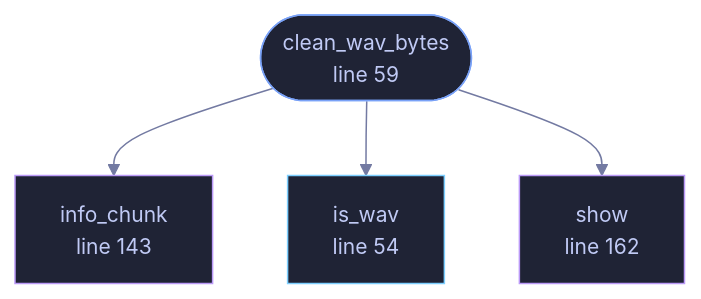
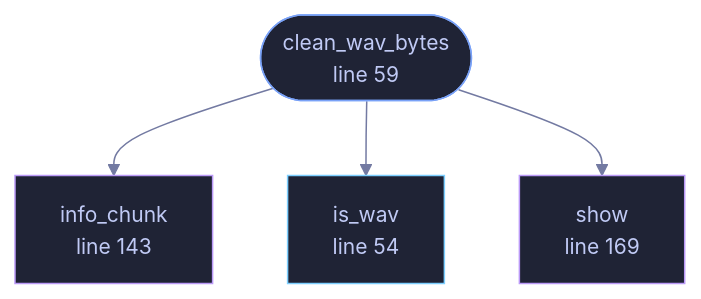
The diagram in docs/files/veilvoice-meta/wav.md (tilas01/veilvoice), drawn with Mermaid before and after one commit. The commit also changed other lines of this file and 130 other files, not shown here.

````diff
--- a/docs/files/veilvoice-meta/wav.md
+++ b/docs/files/veilvoice-meta/wav.md
@@ -86,21 +86,21 @@
 ```mermaid
 %%{init: {"theme":"base","themeVariables":{"background":"#1a1b26","primaryColor":"#1f2335","primaryTextColor":"#c0caf5","primaryBorderColor":"#7aa2f7","secondaryColor":"#16161e","tertiaryColor":"#16161e","lineColor":"#737aa2","textColor":"#c0caf5","mainBkg":"#1f2335","nodeBorder":"#7aa2f7","clusterBkg":"#16161e","clusterBorder":"#2f3549","fontFamily":"ui-monospace, SFMono-Regular, Consolas, monospace","fontSize":"14px"}}}%%
 flowchart TD
     n_is_wav["is_wav<br/>line 54"]
     n_clean_wav_bytes(["clean_wav_bytes<br/>line 59"])
     n_info_chunk["info_chunk<br/>line 143"]
-    n_show["show<br/>line 162"]
+    n_show["show<br/>line 169"]
     n_clean_wav_bytes --> n_info_chunk
     n_clean_wav_bytes --> n_is_wav
     n_clean_wav_bytes --> n_show
     click n_is_wav href "https://github.com/tilas01/veilvoice/blob/main/crates/veilvoice-meta/src/wav.rs#L54" "open the source"
     click n_clean_wav_bytes href "https://github.com/tilas01/veilvoice/blob/main/crates/veilvoice-meta/src/wav.rs#L59" "open the source"
     click n_info_chunk href "https://github.com/tilas01/veilvoice/blob/main/crates/veilvoice-meta/src/wav.rs#L143" "open the source"
-    click n_show href "https://github.com/tilas01/veilvoice/blob/main/crates/veilvoice-meta/src/wav.rs#L162" "open the source"
+    click n_show href "https://github.com/tilas01/veilvoice/blob/main/crates/veilvoice-meta/src/wav.rs#L169" "open the source"
     classDef entry fill:#1f2335,stroke:#7aa2f7,color:#c0caf5
     class n_clean_wav_bytes entry
     classDef api fill:#1f2335,stroke:#7dcfff,color:#c0caf5
     class n_is_wav api
     classDef helper fill:#1f2335,stroke:#bb9af7,color:#c0caf5
     class n_info_chunk,n_show helper
 ```
````
